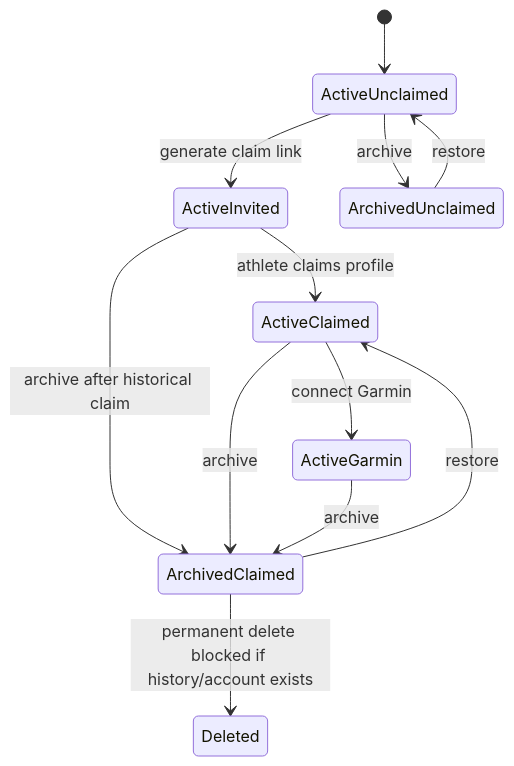
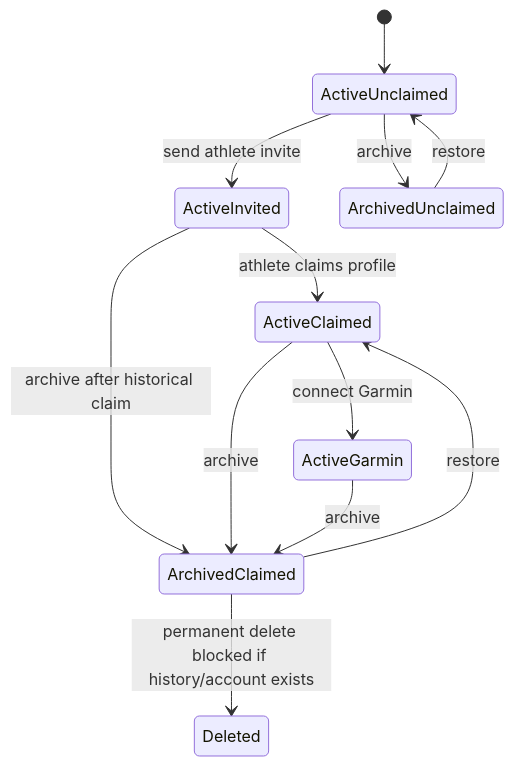
The diagram in docs/LIFECYCLE_STATE_MATRIX.md (eademi/pulsi), drawn with Mermaid before and after one commit. The commit also changed other lines of this file and 21 other files, not shown here.

First line of the commit message:
refactor: rename claim links to athlete invites and update related terminology

````diff
--- a/docs/LIFECYCLE_STATE_MATRIX.md
+++ b/docs/LIFECYCLE_STATE_MATRIX.md
@@ -38,14 +38,14 @@
 ```mermaid
 stateDiagram-v2
   [*] --> ActiveUnclaimed
-  ActiveUnclaimed --> ActiveInvited: generate claim link
+  ActiveUnclaimed --> ActiveInvited: send athlete invite
   ActiveInvited --> ActiveClaimed: athlete claims profile
   ActiveClaimed --> ActiveGarmin: connect Garmin
   ActiveUnclaimed --> ArchivedUnclaimed: archive
   ActiveInvited --> ArchivedClaimed: archive after historical claim
   ActiveClaimed --> ArchivedClaimed: archive
   ActiveGarmin --> ArchivedClaimed: archive
   ArchivedUnclaimed --> ActiveUnclaimed: restore
   ArchivedClaimed --> ActiveClaimed: restore
   ArchivedClaimed --> Deleted: permanent delete blocked if history/account exists
 ```
````
